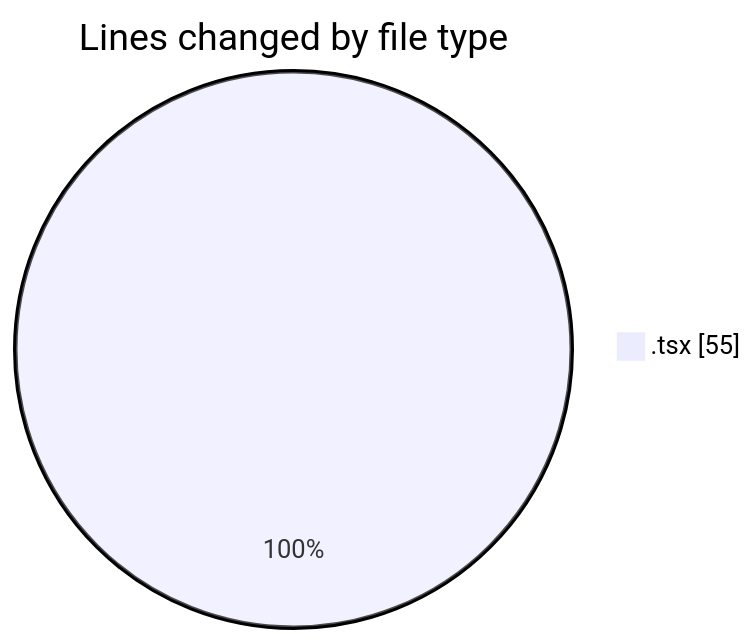
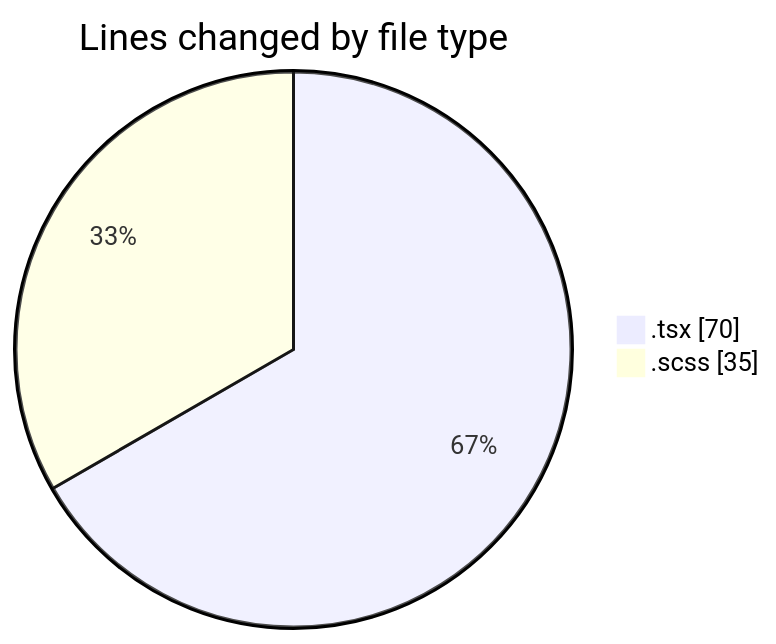
The first of 2 diagrams in 2026-10-30/cda/README.md (momahboobian/code-tracking), drawn with Mermaid before and after one commit. The commit also changed other lines of this file and 1 other file, not shown here.

````diff
--- a/2026-10-30/cda/README.md
+++ b/2026-10-30/cda/README.md
@@ -20,5 +21,6 @@
 ```mermaid
 pie showData
 title Lines changed by file type
-".tsx" : 55
+".tsx" : 70
+".scss" : 35
 ```
````
